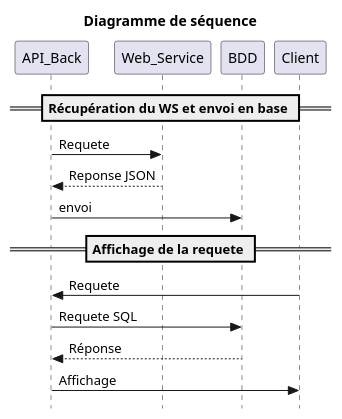
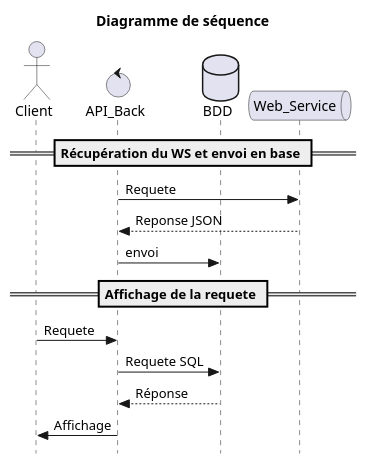
Before and after one commit to Rodolphe33/projet-python-cesi: the diagram in cesi-python/sequence.plantuml, drawn with PlantUML. The commit also changed 1 other file, not shown here.

Commit message:
modif du diagramme de sequence

```diff
--- a/cesi-python/sequence.plantuml
+++ b/cesi-python/sequence.plantuml
@@ -1,17 +1,21 @@
 @startuml
     skinparam Style strictuml
 
     title Diagramme de séquence
+    actor       Client      as Foo1
+    control     API_Back    as Foo2
+    database    BDD         as Foo4
+    queue      Web_Service  as Foo3
 
     == Récupération du WS et envoi en base ==
-        API_Back -> Web_Service : Requete
-        Web_Service --> API_Back : Reponse JSON
-        API_Back -> BDD : envoi
+        Foo2 -> Foo3 : Requete
+        Foo3 --> Foo2 : Reponse JSON
+        Foo2 -> Foo4 : envoi
 
     == Affichage de la requete ==
-        Client -> API_Back : Requete
-        API_Back -> BDD : Requete SQL
-        BDD --> API_Back : Réponse
-        API_Back -> Client : Affichage
+        Foo1 -> Foo2 : Requete
+        Foo2 -> Foo4 : Requete SQL
+        Foo4 --> Foo2 : Réponse
+        Foo2 -> Foo1 : Affichage
 
 @enduml
```
